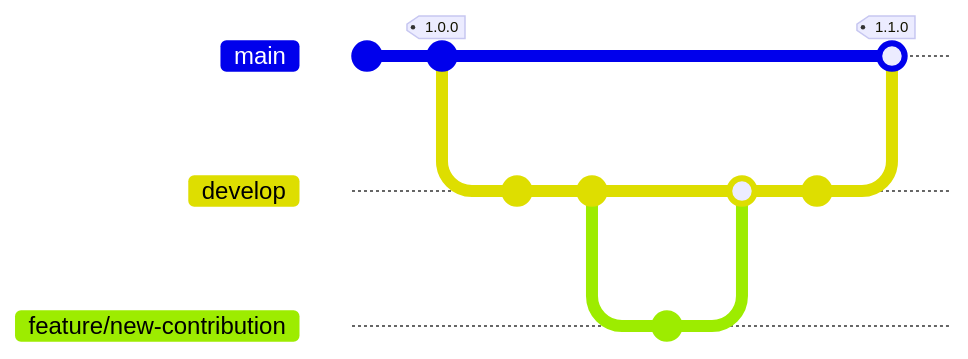
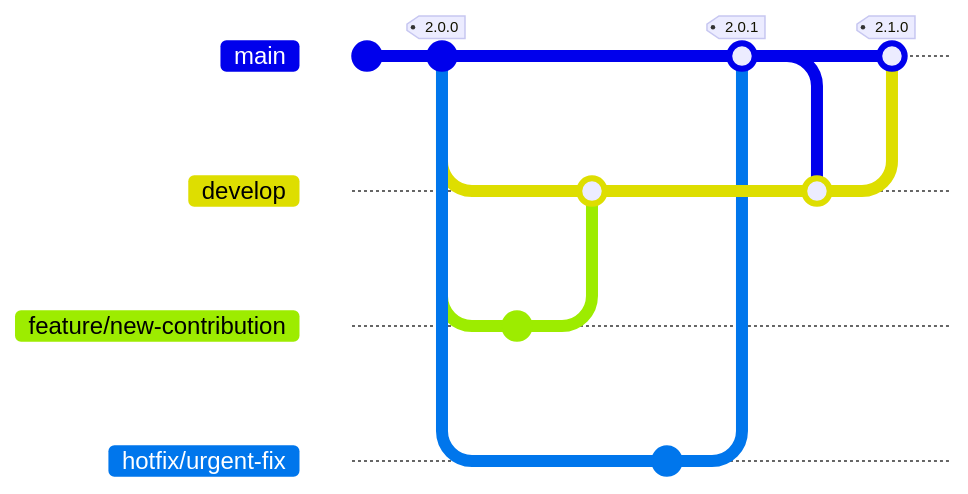
The first of 2 diagrams in CONTRIBUTING.md (pablosnt/rekono), drawn with Mermaid before and after one commit. The commit also changed other lines of this file and 5 other files, not shown here. Commit ids are hidden.

````diff
--- a/CONTRIBUTING.md
+++ b/CONTRIBUTING.md
@@ -8,17 +8,22 @@
 ```mermaid
 gitGraph
     commit
-    commit tag: "1.0.0"
+    commit tag: "2.0.0"
     branch develop
     checkout develop
-    commit
-    commit
     branch feature/new-contribution
     checkout feature/new-contribution
     commit
     checkout develop
     merge feature/new-contribution
+    checkout main
+    branch hotfix/urgent-fix
+    checkout hotfix/urgent-fix
     commit
     checkout main
-    merge develop tag: "1.1.0"
+    merge hotfix/urgent-fix tag: "2.0.1"
+    checkout develop
+    merge main
+    checkout main
+    merge develop tag: "2.1.0"
 ```
````
